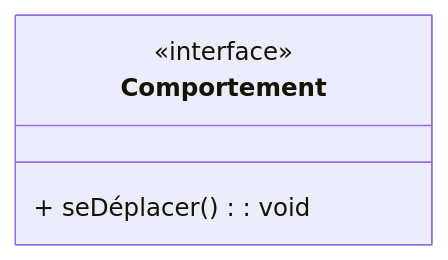
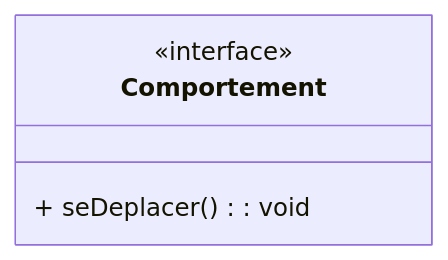
The second of 6 diagrams in THEORIE_4-UML-Mermaid.md (emf-info-320/320_EX_07_POO_UML_MVC), drawn with Mermaid before and after one commit. The commit also changed other lines of this file and 2 other files, not shown here.

````diff
--- a/THEORIE_4-UML-Mermaid.md
+++ b/THEORIE_4-UML-Mermaid.md
@@ -57,8 +57,8 @@
 ```mermaid
 
     classDiagram  
     class Comportement {
         <<interface>>
-        + seDéplacer() : void
+        + seDeplacer() : void
     }
 ```
````
